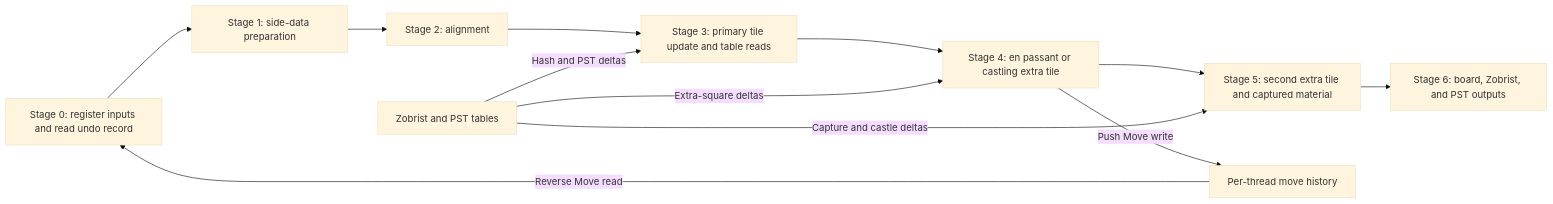
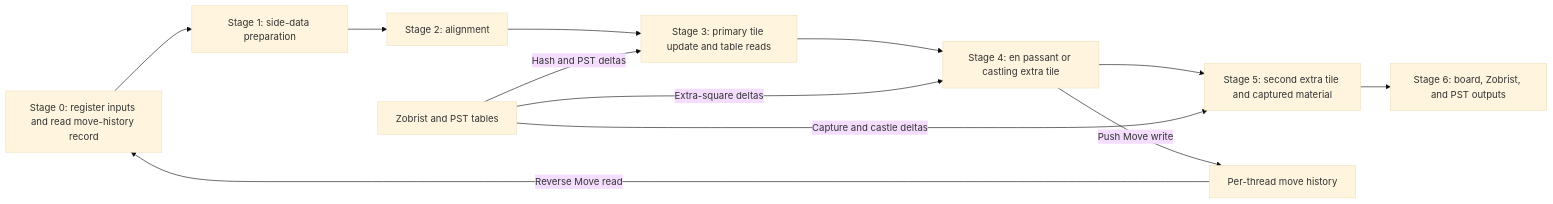
Before and after one commit to 3met/FPGA-Chess: the diagram in docs/modules/board-update-pipeline.md, drawn with Mermaid (base theme). The commit also changed other lines of this file and 7 other files, not shown here.

````diff
--- a/docs/modules/board-update-pipeline.md
+++ b/docs/modules/board-update-pipeline.md
@@ -50,19 +50,19 @@
 ```mermaid
 flowchart LR
-    S0["Stage 0: register inputs and read undo record"]
+    S0["Stage 0: register inputs and read move-history record"]
     S1["Stage 1: side-data preparation"]
     S2["Stage 2: alignment"]
     S3["Stage 3: primary tile update and table reads"]
     S4["Stage 4: en passant or castling extra tile"]
     S5["Stage 5: second extra tile and captured material"]
     S6["Stage 6: board, Zobrist, and PST outputs"]
     History["Per-thread move history"]
     Tables["Zobrist and PST tables"]
 
     S0 --> S1 --> S2 --> S3 --> S4 --> S5 --> S6
     History -->|"Reverse Move read"| S0
     S4 -->|"Push Move write"| History
     Tables -->|"Hash and PST deltas"| S3
     Tables -->|"Extra-square deltas"| S4
     Tables -->|"Capture and castle deltas"| S5
 ```
````
